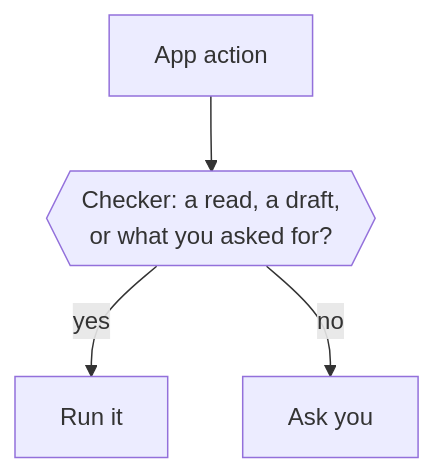
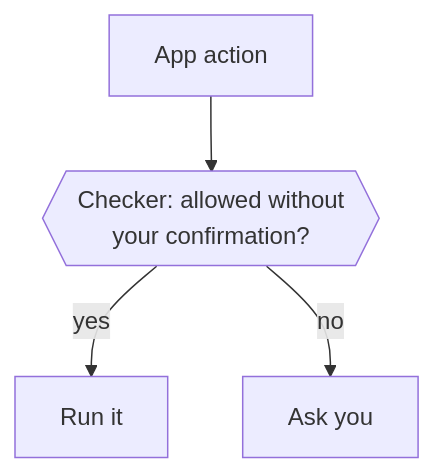
One commit to KrishBhimani/nod changed the first of 2 diagrams in docs/src/content/docs/trust/approvals.mdx. Above: the diagram before and after it, drawn with Mermaid. The commit also changed other lines of this file and 56 other files, not shown here.

````diff
--- a/docs/src/content/docs/trust/approvals.mdx
+++ b/docs/src/content/docs/trust/approvals.mdx
@@ -35,6 +37,6 @@
 ```mermaid
 flowchart TD
-  action[App action] --> check{{Checker: a read, a draft,<br/>or what you asked for?}}
+  action[App action] --> check{{Checker: allowed without<br/>your confirmation?}}
   check -- yes --> run[Run it]:::go
   check -- no --> ask[Ask you]:::accent
 ```
````
